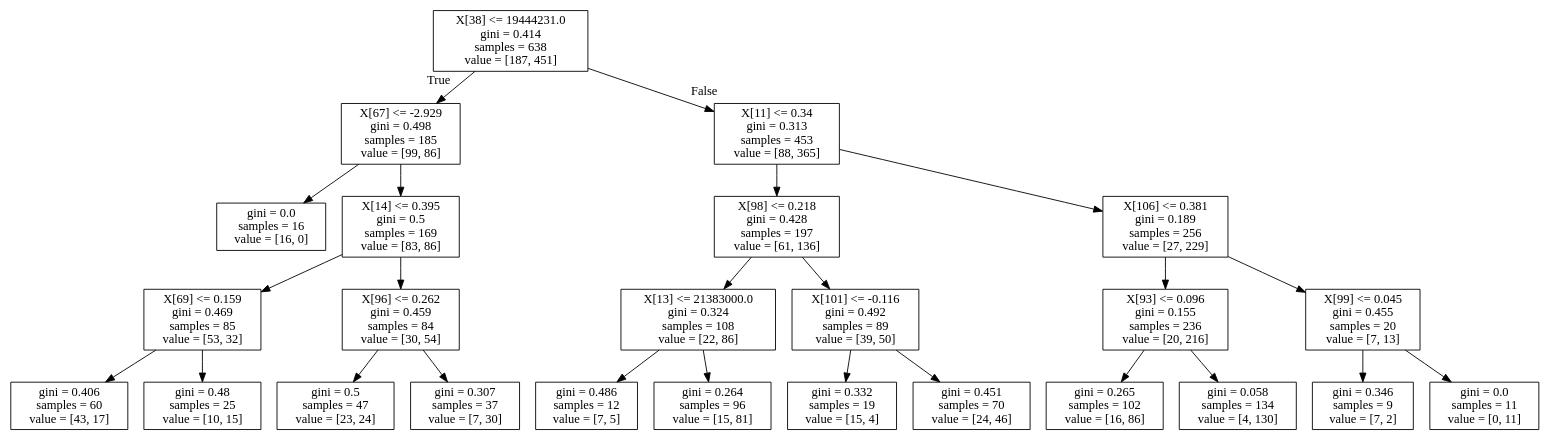
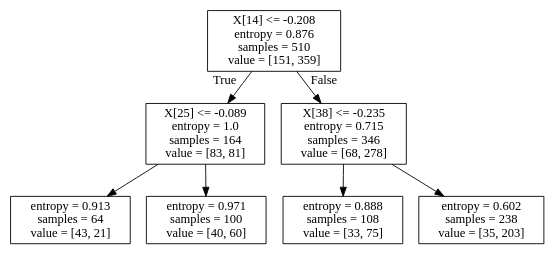
Before and after one commit to CoDyPhin/FEUP-IART: the diagram in proj2/decision_tree.dot, drawn with Graphviz. The commit also changed 2 other files, not shown here.

```diff
--- a/proj2/decision_tree.dot
+++ b/proj2/decision_tree.dot
@@ -1,52 +1,16 @@
 digraph Tree {
 node [shape=box] ;
-0 [label="X[38] <= 19444231.0\ngini = 0.414\nsamples = 638\nvalue = [187, 451]"] ;
-1 [label="X[67] <= -2.929\ngini = 0.498\nsamples = 185\nvalue = [99, 86]"] ;
+0 [label="X[14] <= -0.208\nentropy = 0.876\nsamples = 510\nvalue = [151, 359]"] ;
+1 [label="X[25] <= -0.089\nentropy = 1.0\nsamples = 164\nvalue = [83, 81]"] ;
 0 -> 1 [labeldistance=2.5, labelangle=45, headlabel="True"] ;
-2 [label="gini = 0.0\nsamples = 16\nvalue = [16, 0]"] ;
+2 [label="entropy = 0.913\nsamples = 64\nvalue = [43, 21]"] ;
 1 -> 2 ;
-3 [label="X[14] <= 0.395\ngini = 0.5\nsamples = 169\nvalue = [83, 86]"] ;
+3 [label="entropy = 0.971\nsamples = 100\nvalue = [40, 60]"] ;
 1 -> 3 ;
-4 [label="X[69] <= 0.159\ngini = 0.469\nsamples = 85\nvalue = [53, 32]"] ;
-3 -> 4 ;
-5 [label="gini = 0.406\nsamples = 60\nvalue = [43, 17]"] ;
+4 [label="X[38] <= -0.235\nentropy = 0.715\nsamples = 346\nvalue = [68, 278]"] ;
+0 -> 4 [labeldistance=2.5, labelangle=-45, headlabel="False"] ;
+5 [label="entropy = 0.888\nsamples = 108\nvalue = [33, 75]"] ;
 4 -> 5 ;
-6 [label="gini = 0.48\nsamples = 25\nvalue = [10, 15]"] ;
+6 [label="entropy = 0.602\nsamples = 238\nvalue = [35, 203]"] ;
 4 -> 6 ;
-7 [label="X[96] <= 0.262\ngini = 0.459\nsamples = 84\nvalue = [30, 54]"] ;
-3 -> 7 ;
-8 [label="gini = 0.5\nsamples = 47\nvalue = [23, 24]"] ;
-7 -> 8 ;
-9 [label="gini = 0.307\nsamples = 37\nvalue = [7, 30]"] ;
-7 -> 9 ;
-10 [label="X[11] <= 0.34\ngini = 0.313\nsamples = 453\nvalue = [88, 365]"] ;
-0 -> 10 [labeldistance=2.5, labelangle=-45, headlabel="False"] ;
-11 [label="X[98] <= 0.218\ngini = 0.428\nsamples = 197\nvalue = [61, 136]"] ;
-10 -> 11 ;
-12 [label="X[13] <= 21383000.0\ngini = 0.324\nsamples = 108\nvalue = [22, 86]"] ;
-11 -> 12 ;
-13 [label="gini = 0.486\nsamples = 12\nvalue = [7, 5]"] ;
-12 -> 13 ;
-14 [label="gini = 0.264\nsamples = 96\nvalue = [15, 81]"] ;
-12 -> 14 ;
-15 [label="X[101] <= -0.116\ngini = 0.492\nsamples = 89\nvalue = [39, 50]"] ;
-11 -> 15 ;
-16 [label="gini = 0.332\nsamples = 19\nvalue = [15, 4]"] ;
-15 -> 16 ;
-17 [label="gini = 0.451\nsamples = 70\nvalue = [24, 46]"] ;
-15 -> 17 ;
-18 [label="X[106] <= 0.381\ngini = 0.189\nsamples = 256\nvalue = [27, 229]"] ;
-10 -> 18 ;
-19 [label="X[93] <= 0.096\ngini = 0.155\nsamples = 236\nvalue = [20, 216]"] ;
-18 -> 19 ;
-20 [label="gini = 0.265\nsamples = 102\nvalue = [16, 86]"] ;
-19 -> 20 ;
-21 [label="gini = 0.058\nsamples = 134\nvalue = [4, 130]"] ;
-19 -> 21 ;
-22 [label="X[99] <= 0.045\ngini = 0.455\nsamples = 20\nvalue = [7, 13]"] ;
-18 -> 22 ;
-23 [label="gini = 0.346\nsamples = 9\nvalue = [7, 2]"] ;
-22 -> 23 ;
-24 [label="gini = 0.0\nsamples = 11\nvalue = [0, 11]"] ;
-22 -> 24 ;
 }
```
